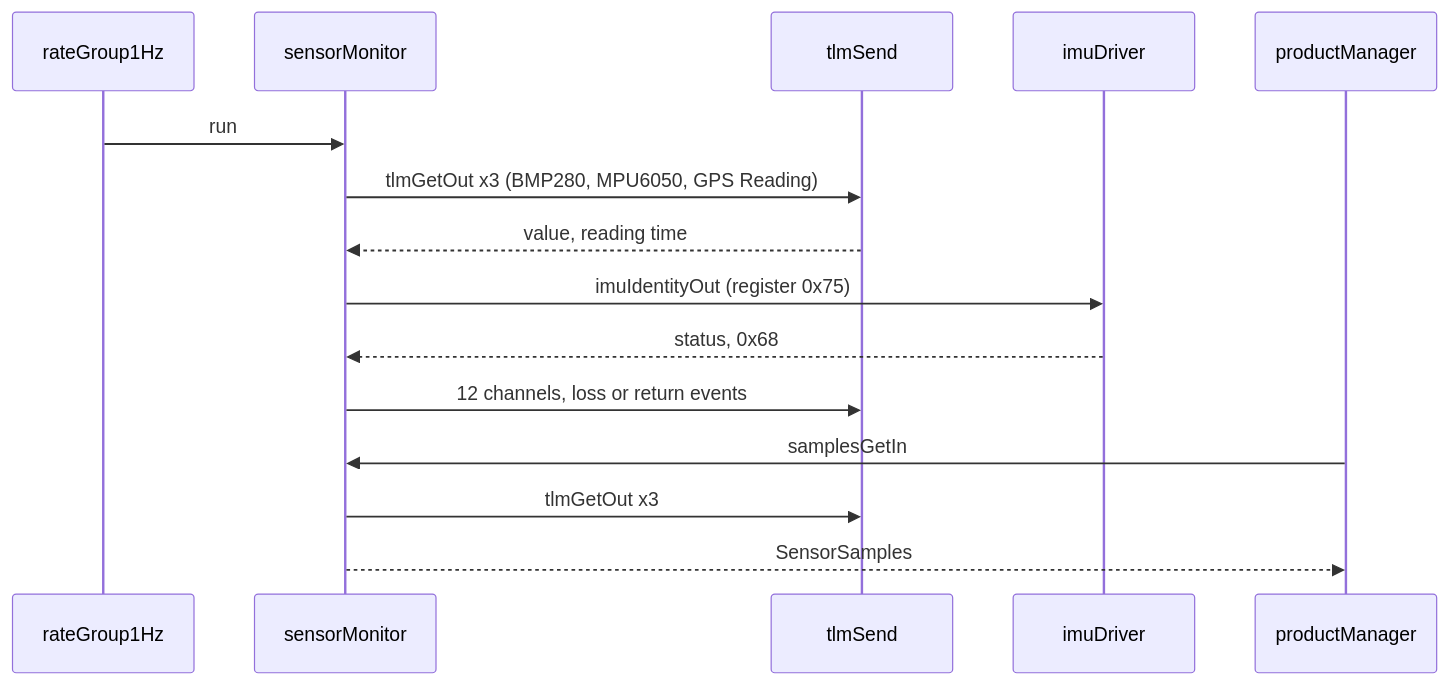
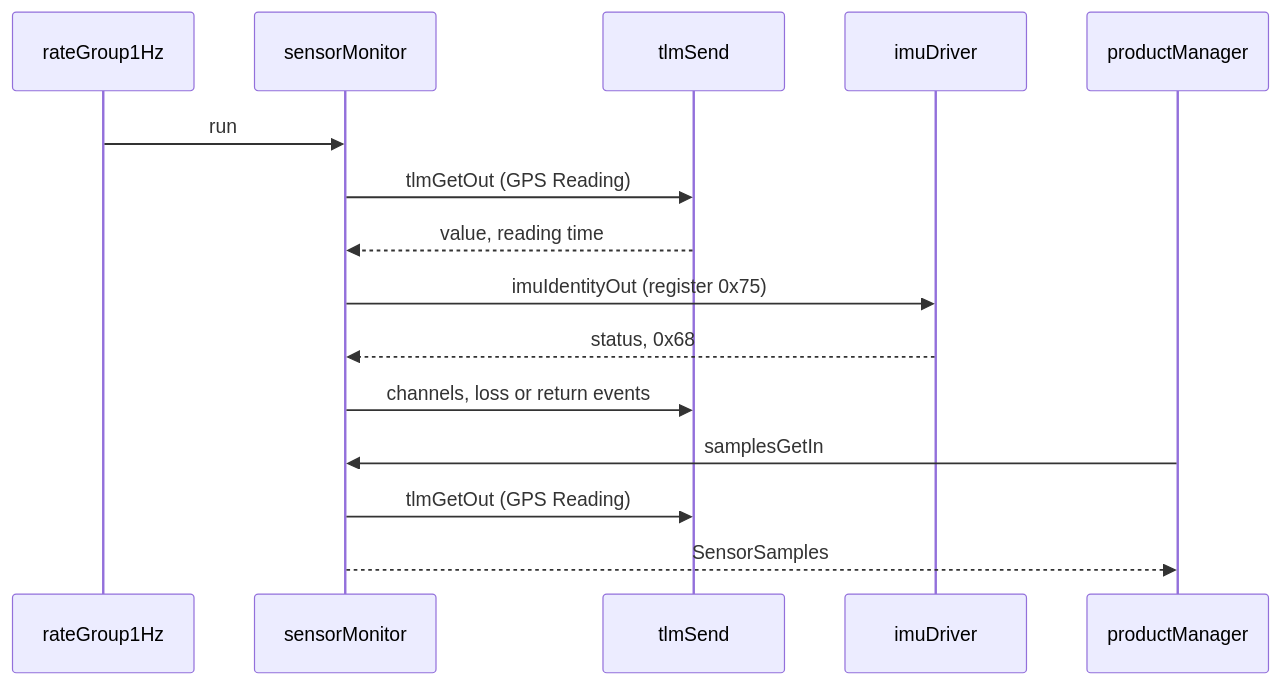
The diagram in Components/SensorMonitor/docs/sdd.md (lestarch-autobot/fprime-pi-sensor-reference), drawn with Mermaid before and after one commit. The commit also changed other lines of this file and 2 other files, not shown here.

````diff
--- a/Components/SensorMonitor/docs/sdd.md
+++ b/Components/SensorMonitor/docs/sdd.md
@@ -159,17 +172,17 @@
 ```mermaid
 sequenceDiagram
     participant RG as rateGroup1Hz
     participant SM as sensorMonitor
     participant TC as tlmSend
     participant I2C as imuDriver
     participant PM as productManager
     RG->>SM: run
-    SM->>TC: tlmGetOut x3 (BMP280, MPU6050, GPS Reading)
+    SM->>TC: tlmGetOut (GPS Reading)
     TC-->>SM: value, reading time
     SM->>I2C: imuIdentityOut (register 0x75)
     I2C-->>SM: status, 0x68
-    SM->>TC: 12 channels, loss or return events
+    SM->>TC: channels, loss or return events
     PM->>SM: samplesGetIn
-    SM->>TC: tlmGetOut x3
+    SM->>TC: tlmGetOut (GPS Reading)
     SM-->>PM: SensorSamples
 ```
````
